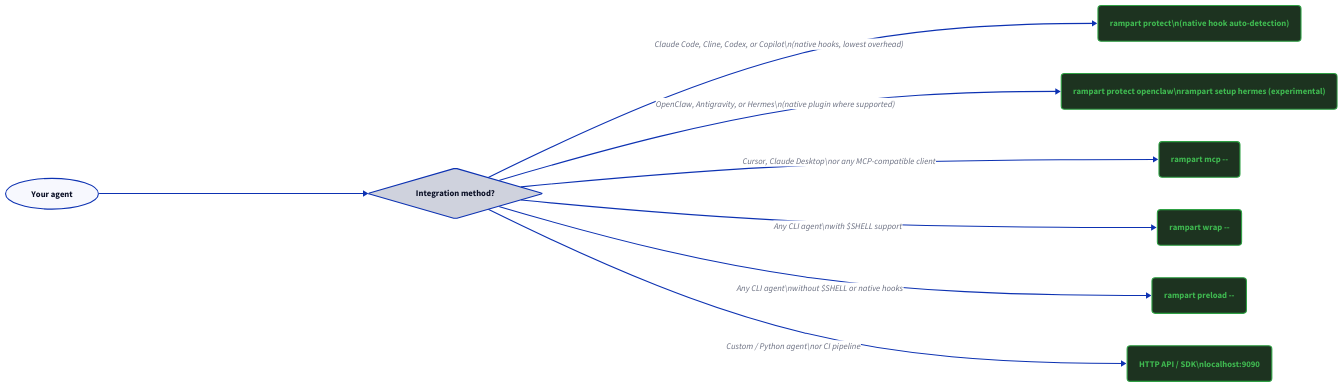
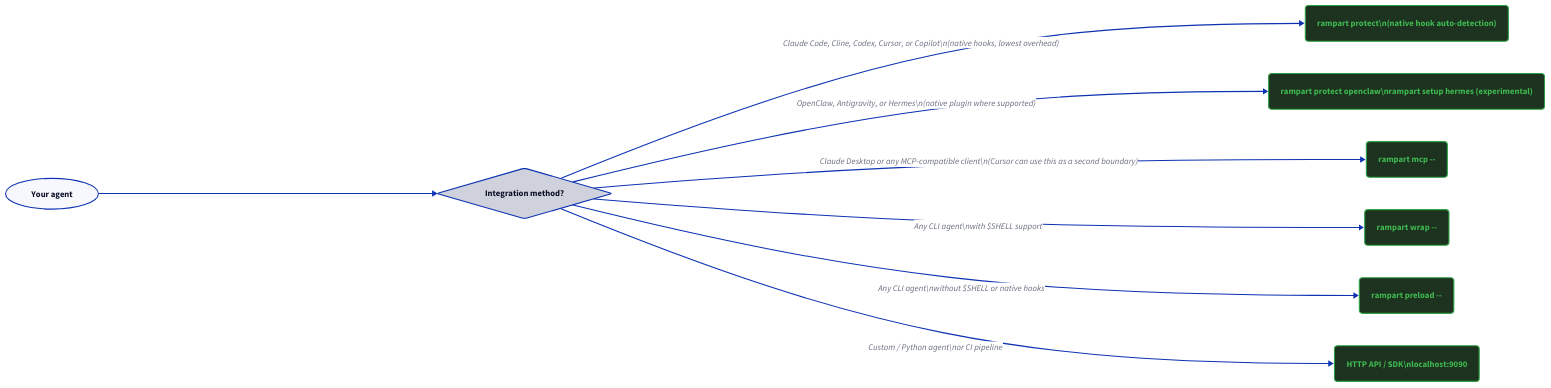
One commit to peg/rampart changed the diagram in docs-site/integrations/index.md. Above: the diagram before and after it, drawn with D2. The commit also changed 6 other files, not shown here.

````diff
--- a/docs-site/integrations/index.md
+++ b/docs-site/integrations/index.md
@@ -74,35 +74,35 @@
 ```d2
 direction: right
 
 start: "Your agent" {shape: oval}
 
 q: "Integration method?" {shape: diamond}
 
 hooks: "rampart protect\\n(native hook auto-detection)" {
   style.fill: "#1d3320"; style.stroke: "#2ea043"; style.font-color: "#3fb950"; style.border-radius: 6
 }
 shim: "rampart protect openclaw\\nrampart setup hermes (experimental)" {
   style.fill: "#1d3320"; style.stroke: "#2ea043"; style.font-color: "#3fb950"; style.border-radius: 6
 }
 mcp: "rampart mcp --" {
   style.fill: "#1d3320"; style.stroke: "#2ea043"; style.font-color: "#3fb950"; style.border-radius: 6
 }
 wrap: "rampart wrap --" {
   style.fill: "#1d3320"; style.stroke: "#2ea043"; style.font-color: "#3fb950"; style.border-radius: 6
 }
 preload: "rampart preload --" {
   style.fill: "#1d3320"; style.stroke: "#2ea043"; style.font-color: "#3fb950"; style.border-radius: 6
 }
 api: "HTTP API / SDK\\nlocalhost:9090" {
   style.fill: "#1d3320"; style.stroke: "#2ea043"; style.font-color: "#3fb950"; style.border-radius: 6
 }
 
 start -> q
 
-q -> hooks: "Claude Code, Cline, Codex, or Copilot\\n(native hooks, lowest overhead)"
+q -> hooks: "Claude Code, Cline, Codex, Cursor, or Copilot\\n(native hooks, lowest overhead)"
 q -> shim: "OpenClaw, Antigravity, or Hermes\\n(native plugin where supported)"
-q -> mcp: "Cursor, Claude Desktop\\nor any MCP-compatible client"
+q -> mcp: "Claude Desktop or any MCP-compatible client\\n(Cursor can use this as a second boundary)"
 q -> wrap: "Any CLI agent\\nwith \$SHELL support"
 q -> preload: "Any CLI agent\\nwithout \$SHELL or native hooks"
 q -> api: "Custom / Python agent\\nor CI pipeline"
 ```
````
